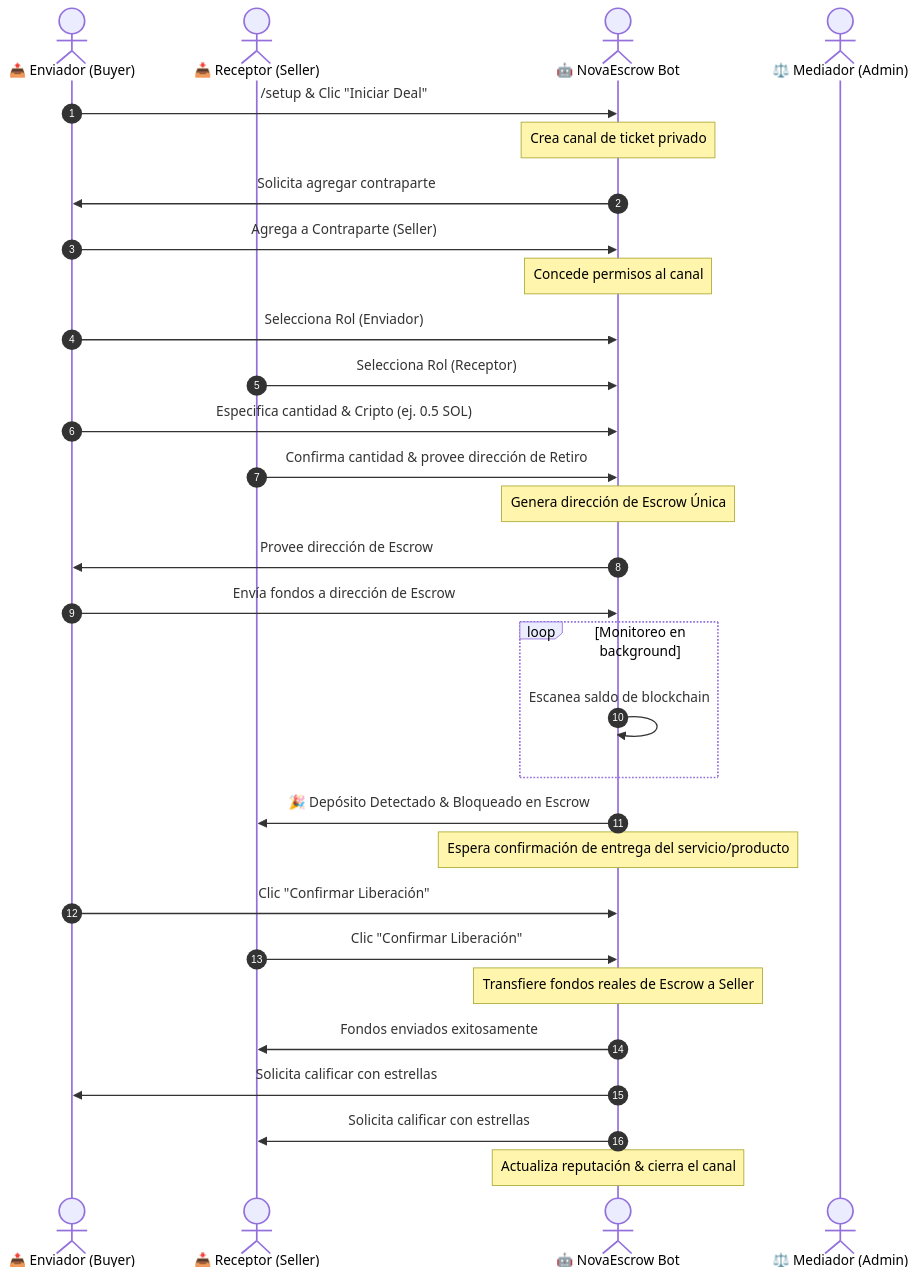
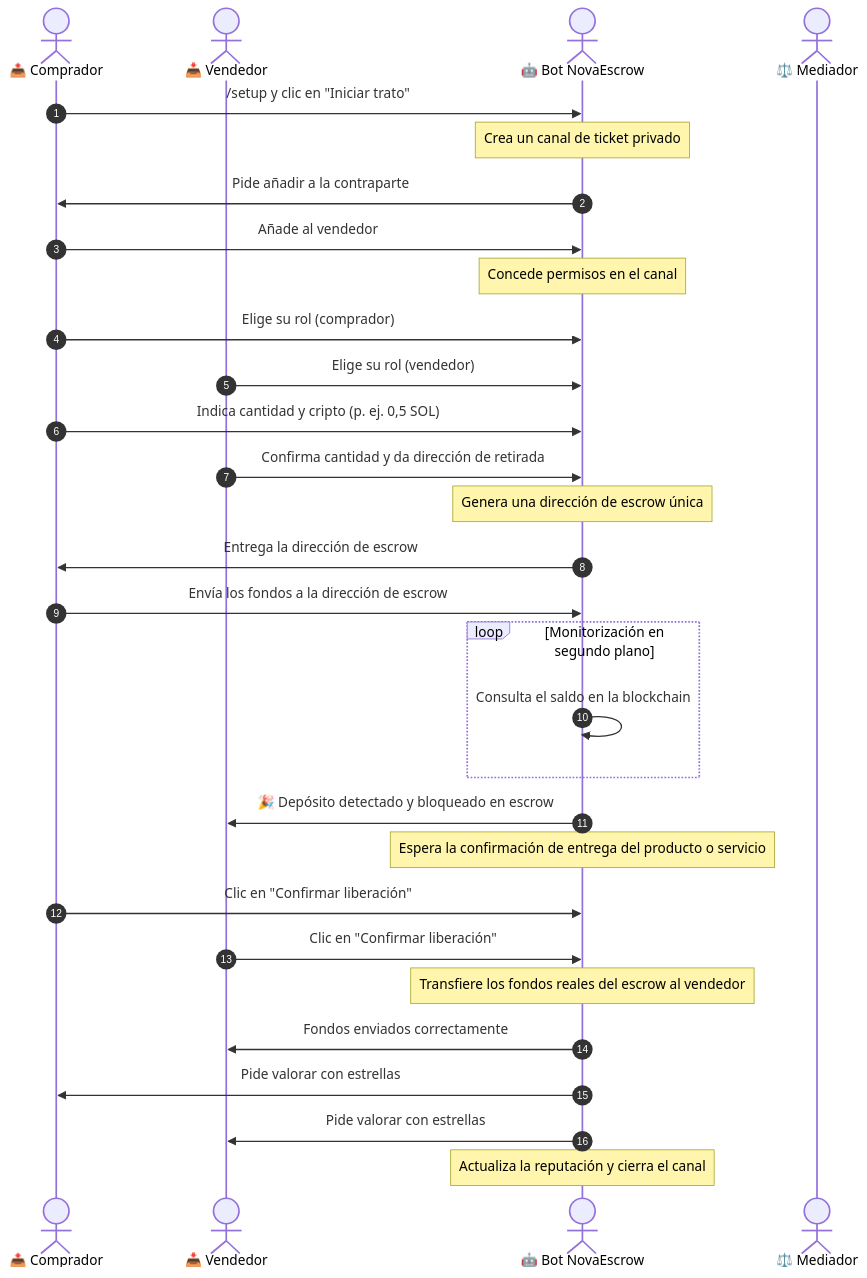
The first of 2 diagrams in README.md (alberto2005-coder/NovaEscrow), drawn with Mermaid before and after one commit. The commit also changed other lines of this file, not shown here.

Commit message:
docs: README bilingüe (ES/EN) con índice

````diff
--- a/README.md
+++ b/README.md
@@ -31,33 +44,33 @@
 ```mermaid
 sequenceDiagram
     autonumber
-    actor Buyer as 📤 Enviador (Buyer)
-    actor Seller as 📥 Receptor (Seller)
-    actor Bot as 🤖 NovaEscrow Bot
-    actor Admin as ⚖️ Mediador (Admin)
+    actor Buyer as 📤 Comprador
+    actor Seller as 📥 Vendedor
+    actor Bot as 🤖 Bot NovaEscrow
+    actor Admin as ⚖️ Mediador
 
-    Buyer->>Bot: /setup & Clic "Iniciar Deal"
-    Note over Bot: Crea canal de ticket privado
-    Bot->>Buyer: Solicita agregar contraparte
-    Buyer->>Bot: Agrega a Contraparte (Seller)
-    Note over Bot: Concede permisos al canal
-    Buyer->>Bot: Selecciona Rol (Enviador)
-    Seller->>Bot: Selecciona Rol (Receptor)
-    Buyer->>Bot: Especifica cantidad & Cripto (ej. 0.5 SOL)
-    Seller->>Bot: Confirma cantidad & provee dirección de Retiro
-    Note over Bot: Genera dirección de Escrow Única
-    Bot->>Buyer: Provee dirección de Escrow
-    Buyer->>Bot: Envía fondos a dirección de Escrow
-    loop Monitoreo en background
-        Bot->>Bot: Escanea saldo de blockchain
+    Buyer->>Bot: /setup y clic en "Iniciar trato"
+    Note over Bot: Crea un canal de ticket privado
+    Bot->>Buyer: Pide añadir a la contraparte
+    Buyer->>Bot: Añade al vendedor
+    Note over Bot: Concede permisos en el canal
+    Buyer->>Bot: Elige su rol (comprador)
+    Seller->>Bot: Elige su rol (vendedor)
+    Buyer->>Bot: Indica cantidad y cripto (p. ej. 0,5 SOL)
+    Seller->>Bot: Confirma cantidad y da dirección de retirada
+    Note over Bot: Genera una dirección de escrow única
+    Bot->>Buyer: Entrega la dirección de escrow
+    Buyer->>Bot: Envía los fondos a la dirección de escrow
+    loop Monitorización en segundo plano
+        Bot->>Bot: Consulta el saldo en la blockchain
     end
-    Bot->>Seller: 🎉 Depósito Detectado & Bloqueado en Escrow
-    Note over Bot: Espera confirmación de entrega del servicio/producto
-    Buyer->>Bot: Clic "Confirmar Liberación"
-    Seller->>Bot: Clic "Confirmar Liberación"
-    Note over Bot: Transfiere fondos reales de Escrow a Seller
-    Bot->>Seller: Fondos enviados exitosamente
-    Bot->>Buyer: Solicita calificar con estrellas
-    Bot->>Seller: Solicita calificar con estrellas
-    Note over Bot: Actualiza reputación & cierra el canal
+    Bot->>Seller: 🎉 Depósito detectado y bloqueado en escrow
+    Note over Bot: Espera la confirmación de entrega del producto o servicio
+    Buyer->>Bot: Clic en "Confirmar liberación"
+    Seller->>Bot: Clic en "Confirmar liberación"
+    Note over Bot: Transfiere los fondos reales del escrow al vendedor
+    Bot->>Seller: Fondos enviados correctamente
+    Bot->>Buyer: Pide valorar con estrellas
+    Bot->>Seller: Pide valorar con estrellas
+    Note over Bot: Actualiza la reputación y cierra el canal
 ```
````
